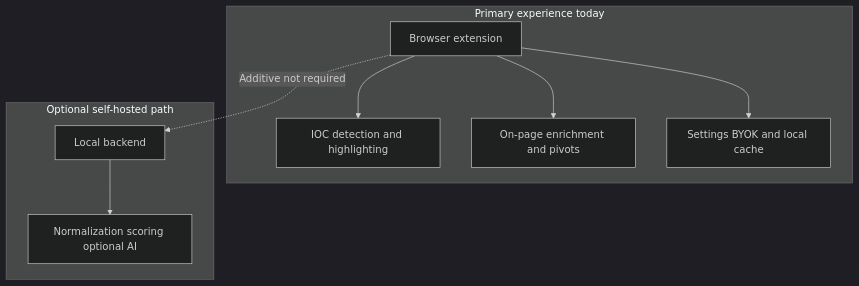
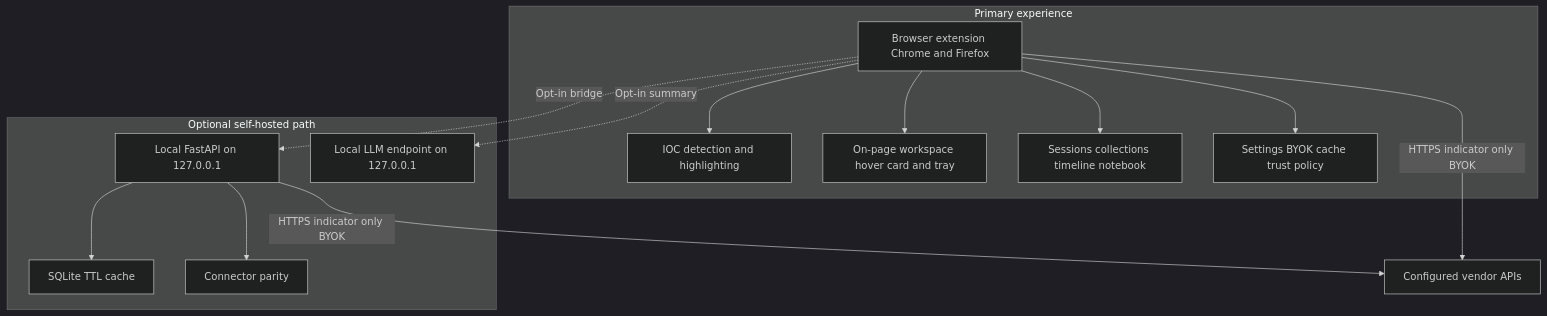
Before and after one commit to 0xCBradford/Vera5: the first of 2 diagrams in Product-Vision.md, drawn with Mermaid (dark theme). The commit also changed other lines of this file and 60 other files, not shown here.

````diff
--- a/Product-Vision.md
+++ b/Product-Vision.md
@@ -295,14 +251,20 @@
 ```mermaid
 flowchart TB
-  subgraph Shipped[Primary experience today]
-    Extension[Browser extension]
+  subgraph Primary[Primary experience]
+    Extension[Browser extension Chrome and Firefox]
     Extension --> Detection[IOC detection and highlighting]
-    Extension --> Enrichment[On-page enrichment and pivots]
-    Extension --> Control[Settings BYOK and local cache]
+    Extension --> Workspace[On-page workspace hover card and tray]
+    Extension --> Investigate[Sessions collections timeline notebook]
+    Extension --> Control[Settings BYOK cache trust policy]
   end
-  subgraph Future[Optional self-hosted path]
-    Backend[Local backend]
-    Backend --> Advanced[Normalization scoring optional AI]
+  subgraph Optional[Optional self-hosted path]
+    Backend[Local FastAPI on 127.0.0.1]
+    LLM[Local LLM endpoint on 127.0.0.1]
+    Backend --> Cache[SQLite TTL cache]
+    Backend --> Connectors[Connector parity]
+    Extension -.->|Opt-in bridge| Backend
+    Extension -.->|Opt-in summary| LLM
   end
-  Extension -.->|Additive not required| Backend
+  Extension -->|HTTPS indicator only BYOK| Vendors[Configured vendor APIs]
+  Backend -->|HTTPS indicator only BYOK| Vendors
 ```
````
